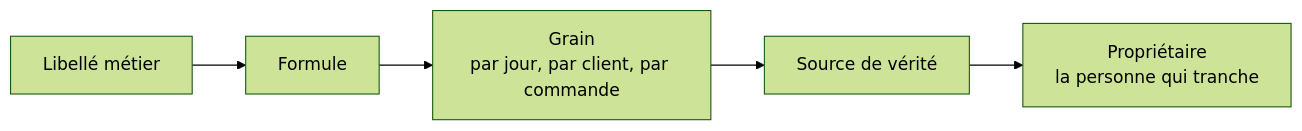
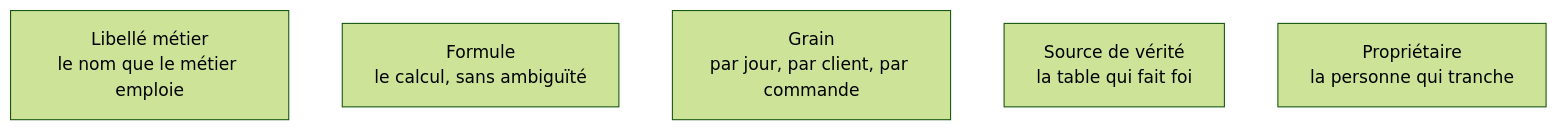
Before and after one commit to floSa/Atlas-Metiers-Roadmaps: the diagram in content/parcours/bi-analyst/cadrage-et-besoin/le-dictionnaire-des-metriques.md, drawn with Mermaid (forest theme).

Commit message:
Dictionnaire des métriques : les cinq lignes deviennent une carte cliquable

````diff
--- a/content/parcours/bi-analyst/cadrage-et-besoin/le-dictionnaire-des-metriques.md
+++ b/content/parcours/bi-analyst/cadrage-et-besoin/le-dictionnaire-des-metriques.md
@@ -9,7 +9,14 @@
 ```mermaid
-flowchart LR
-  L["Libellé métier"] --> F["Formule"]
-  F --> G["Grain<br/>par jour, par client, par commande"]
-  G --> S["Source de vérité"]
-  S --> P["Propriétaire<br/>la personne qui tranche"]
+flowchart TD
+  L["Libellé métier<br/>le nom que le métier emploie"]
+  F["Formule<br/>le calcul, sans ambiguïté"]
+  G["Grain<br/>par jour, par client, par commande"]
+  S["Source de vérité<br/>la table qui fait foi"]
+  P["Propriétaire<br/>la personne qui tranche"]
+
+  click L "/notions/redaction-technique"
+  click F "/parcours/bi-analyst/semantique-et-gouvernance/definir-une-mesure"
+  click G "/parcours/bi-analyst/modelisation-dimensionnelle/declarer-le-grain"
+  click S "/notions/lignage-des-donnees"
+  click P "/notions/gouvernance-ia"
 ```
````
